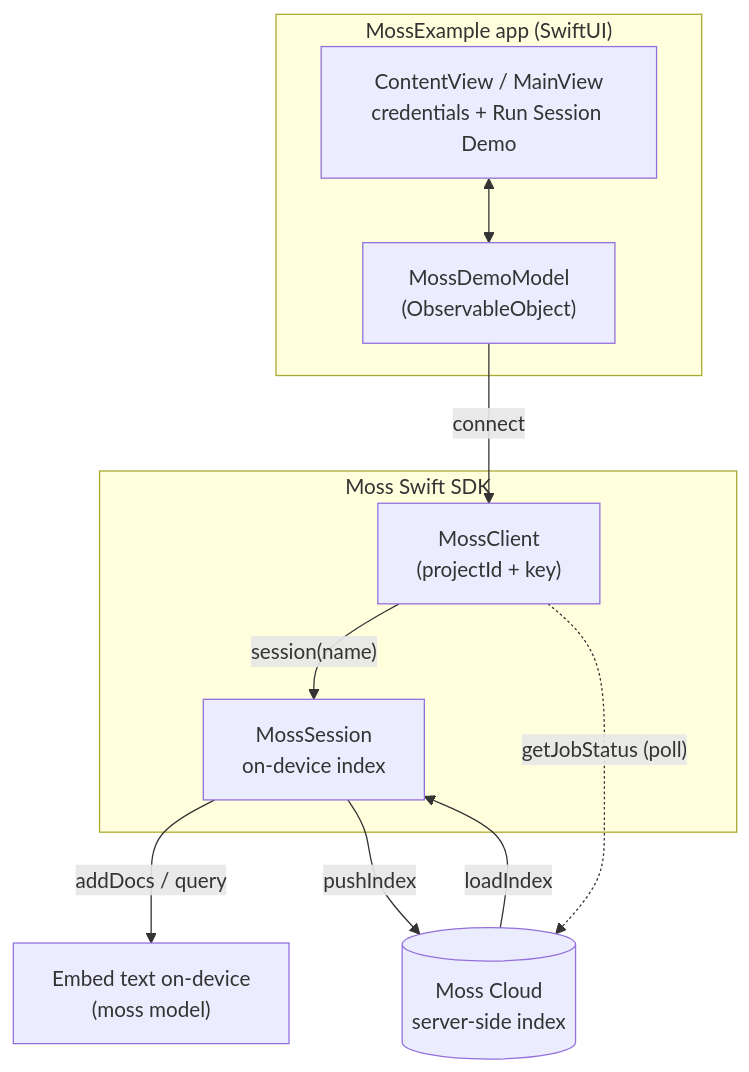
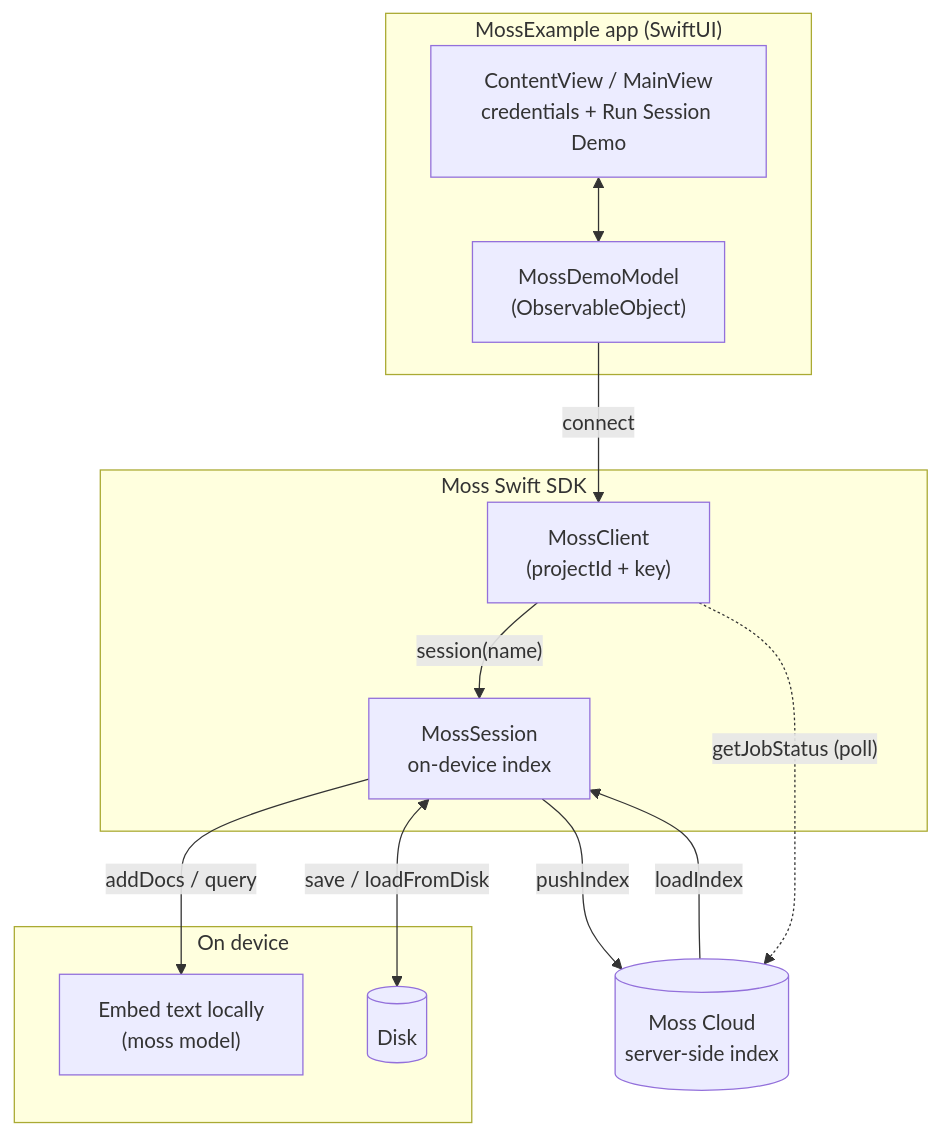
The diagram in examples/ios/README.md (usemoss/moss), drawn with Mermaid before and after one commit. The commit also changed other lines of this file, not shown here.

Commit message:
docs(ios): revert architecture diagram to original (keep Disk + save/loadFromDisk)

````diff
--- a/examples/ios/README.md
+++ b/examples/ios/README.md
@@ -18,24 +18,29 @@
 ```mermaid
 flowchart TB
     subgraph app["MossExample app (SwiftUI)"]
         ui["ContentView / MainView<br/>credentials + Run Session Demo"]
         model["MossDemoModel<br/>(ObservableObject)"]
         ui <--> model
     end
 
     subgraph sdk["Moss Swift SDK"]
         client["MossClient<br/>(projectId + key)"]
         session["MossSession<br/>on-device index"]
         client -->|"session(name)"| session
     end
 
     model -->|connect| client
 
-    embed["Embed text on-device<br/>(moss model)"]
+    subgraph device["On device"]
+        embed["Embed text locally<br/>(moss model)"]
+        disk[("Disk")]
+    end
+
     cloud[("Moss Cloud<br/>server-side index")]
 
     session -->|"addDocs / query"| embed
+    session <-->|"save / loadFromDisk"| disk
     session -->|"pushIndex"| cloud
     cloud -->|"loadIndex"| session
     client -.->|"getJobStatus (poll)"| cloud
 ```
````
